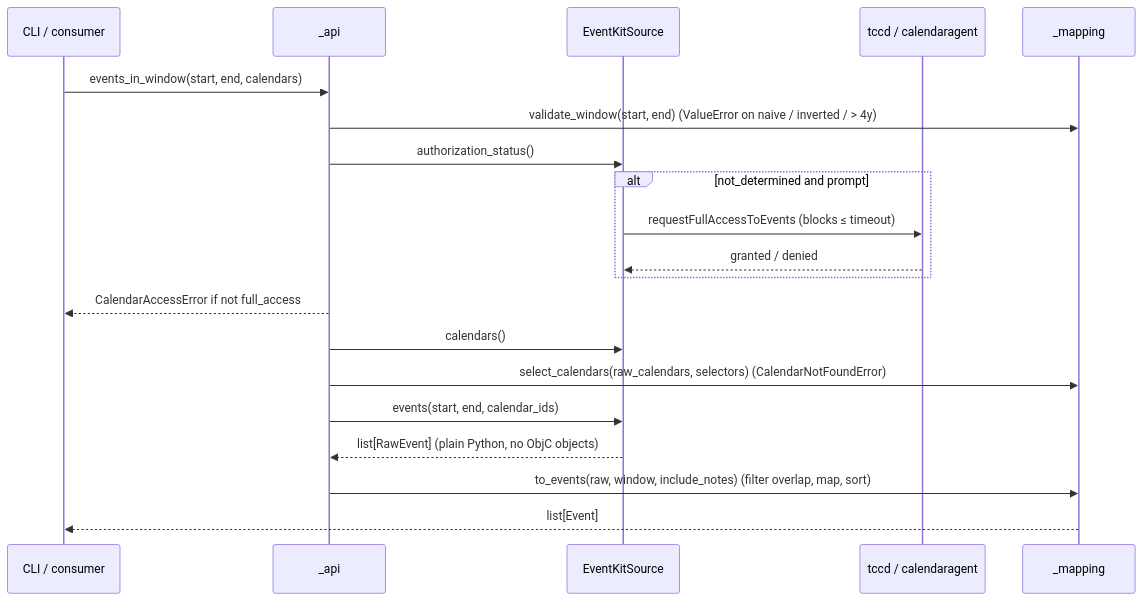
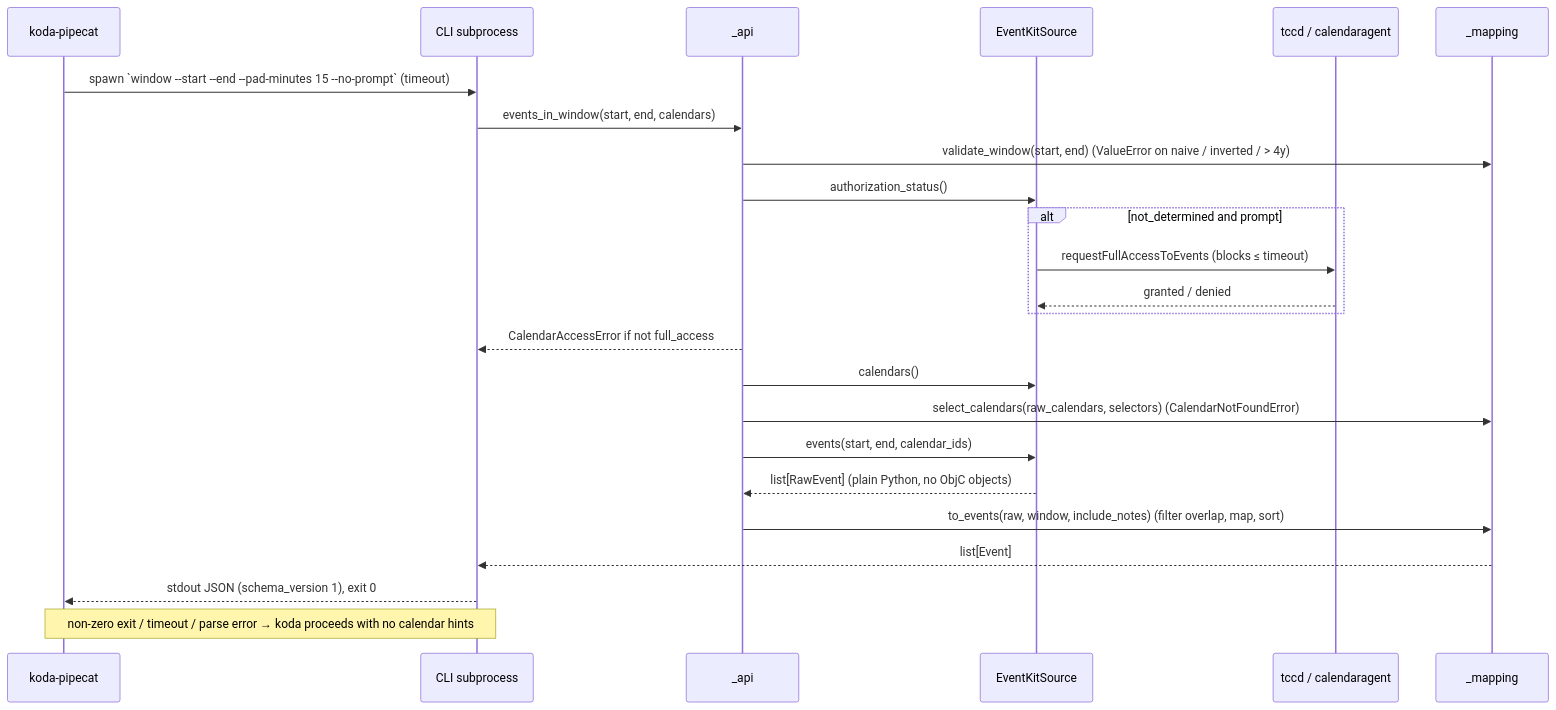
Before and after one commit to vr000m/macos-calendar-events: the second of 2 diagrams in docs/dev_plans/20261119-feature-macos-calendar-events-core.md, drawn with Mermaid. The commit also changed other lines of this file, not shown here.

````diff
--- a/docs/dev_plans/20261119-feature-macos-calendar-events-core.md
+++ b/docs/dev_plans/20261119-feature-macos-calendar-events-core.md
@@ -82,22 +94,26 @@
 ```mermaid
 sequenceDiagram
-    participant C as CLI / consumer
+    participant K as koda-pipecat
+    participant C as CLI subprocess
     participant A as _api
     participant S as EventKitSource
     participant T as tccd / calendaragent
     participant M as _mapping
+    K->>C: spawn `window --start --end --pad-minutes 15 --no-prompt` (timeout)
     C->>A: events_in_window(start, end, calendars)
     A->>M: validate_window(start, end)  (ValueError on naive / inverted / > 4y)
     A->>S: authorization_status()
     alt not_determined and prompt
         S->>T: requestFullAccessToEvents (blocks ≤ timeout)
         T-->>S: granted / denied
     end
     A-->>C: CalendarAccessError if not full_access
     A->>S: calendars()
     A->>M: select_calendars(raw_calendars, selectors)  (CalendarNotFoundError)
     A->>S: events(start, end, calendar_ids)
     S-->>A: list[RawEvent]  (plain Python, no ObjC objects)
     A->>M: to_events(raw, window, include_notes)  (filter overlap, map, sort)
     M-->>C: list[Event]
+    C-->>K: stdout JSON (schema_version 1), exit 0
+    Note over K,C: non-zero exit / timeout / parse error → koda proceeds with no calendar hints
 ```
````
